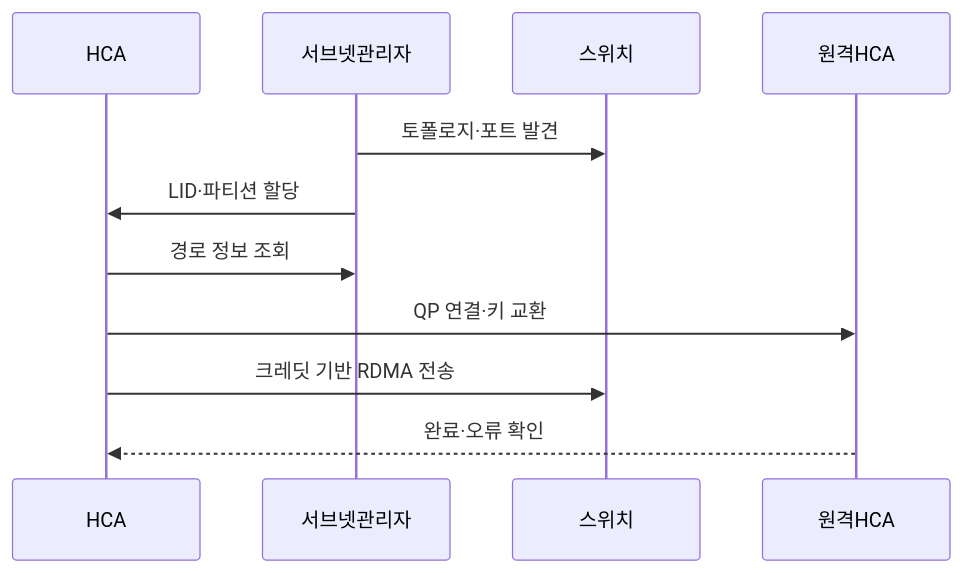
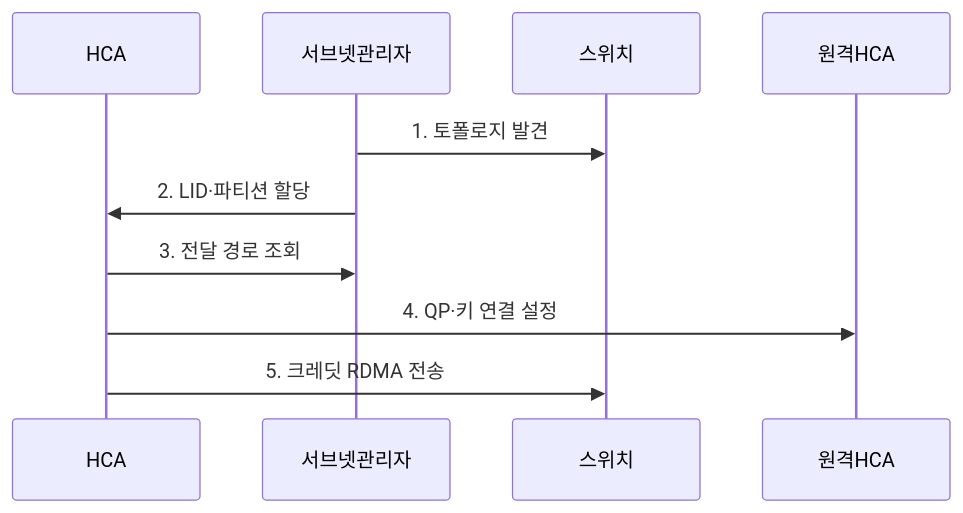
One commit to agnusdei1207/knowledge-base changed the second of 2 diagrams in src/content/docs/notes/04-network/104_infiniband_cluster.md. Above: the diagram before and after it, drawn with Mermaid. The commit also changed other lines of this file and 21 other files, not shown here.

````diff
--- a/src/content/docs/notes/04-network/104_infiniband_cluster.md
+++ b/src/content/docs/notes/04-network/104_infiniband_cluster.md
@@ -82,13 +82,12 @@
 ```mermaid
 sequenceDiagram
     participant HCA
     participant 서브넷관리자
     participant 스위치
     participant 원격HCA
-    서브넷관리자->>스위치: 토폴로지·포트 발견
-    서브넷관리자->>HCA: LID·파티션 할당
-    HCA->>서브넷관리자: 경로 정보 조회
-    HCA->>원격HCA: QP 연결·키 교환
-    HCA->>스위치: 크레딧 기반 RDMA 전송
-    원격HCA-->>HCA: 완료·오류 확인
+    서브넷관리자->>스위치: 1. 토폴로지 발견
+    서브넷관리자->>HCA: 2. LID·파티션 할당
+    HCA->>서브넷관리자: 3. 전달 경로 조회
+    HCA->>원격HCA: 4. QP·키 연결 설정
+    HCA->>스위치: 5. 크레딧 RDMA 전송
 ```
````
